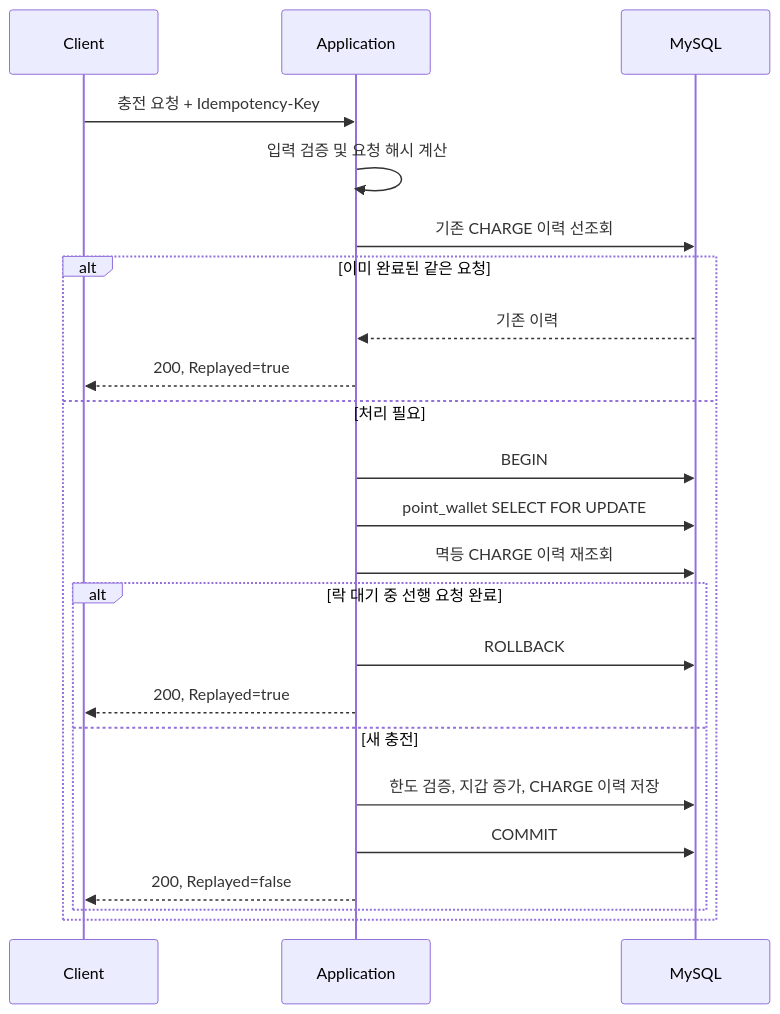
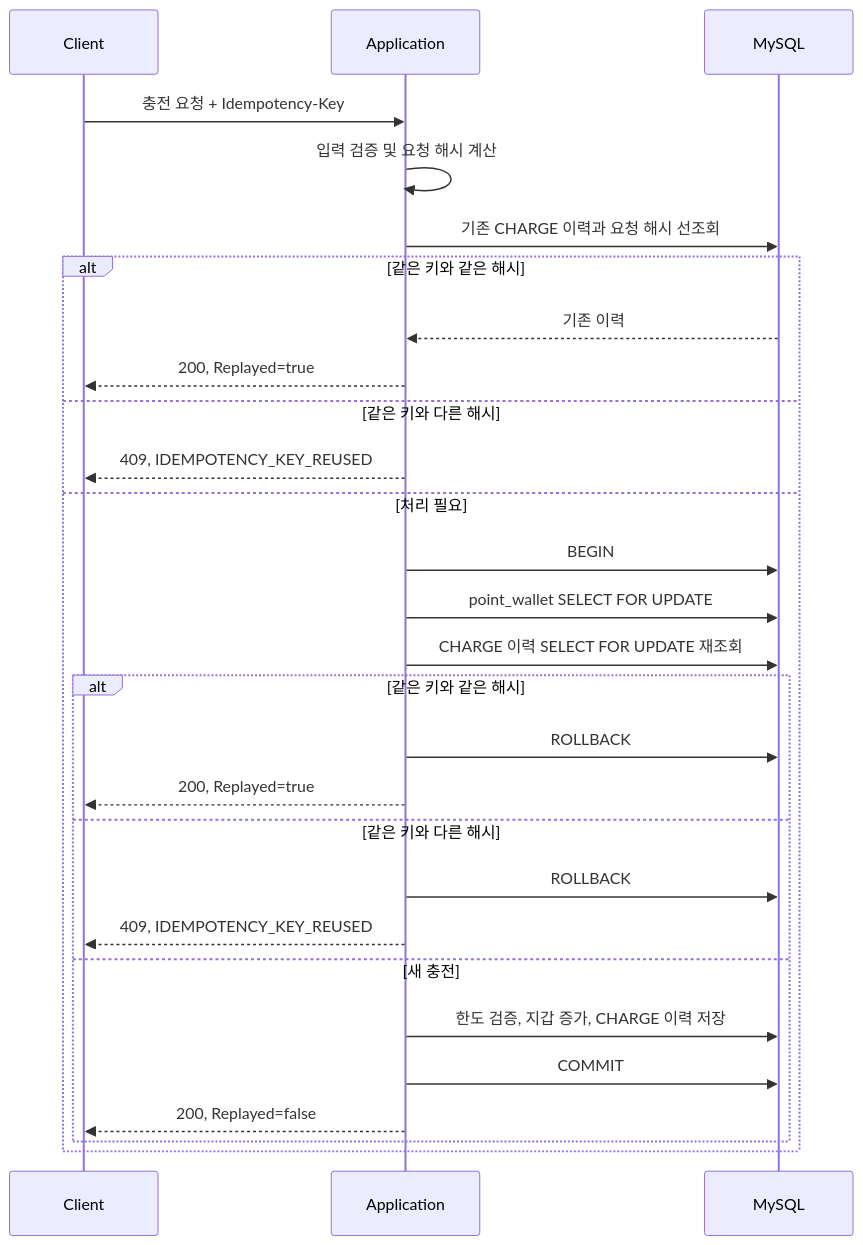
One commit to usersy628/coffee-order-system changed the first of 3 diagrams in README.md. Above: the diagram before and after it, drawn with Mermaid. The commit also changed other lines of this file, not shown here.

````diff
--- a/README.md
+++ b/README.md
@@ -298,26 +331,31 @@
 ```mermaid
 sequenceDiagram
     participant C as Client
     participant A as Application
     participant DB as MySQL
 
     C->>A: 충전 요청 + Idempotency-Key
     A->>A: 입력 검증 및 요청 해시 계산
-    A->>DB: 기존 CHARGE 이력 선조회
-    alt 이미 완료된 같은 요청
+    A->>DB: 기존 CHARGE 이력과 요청 해시 선조회
+    alt 같은 키와 같은 해시
         DB-->>A: 기존 이력
         A-->>C: 200, Replayed=true
+    else 같은 키와 다른 해시
+        A-->>C: 409, IDEMPOTENCY_KEY_REUSED
     else 처리 필요
         A->>DB: BEGIN
         A->>DB: point_wallet SELECT FOR UPDATE
-        A->>DB: 멱등 CHARGE 이력 재조회
-        alt 락 대기 중 선행 요청 완료
+        A->>DB: CHARGE 이력 SELECT FOR UPDATE 재조회
+        alt 같은 키와 같은 해시
             A->>DB: ROLLBACK
             A-->>C: 200, Replayed=true
+        else 같은 키와 다른 해시
+            A->>DB: ROLLBACK
+            A-->>C: 409, IDEMPOTENCY_KEY_REUSED
         else 새 충전
             A->>DB: 한도 검증, 지갑 증가, CHARGE 이력 저장
             A->>DB: COMMIT
             A-->>C: 200, Replayed=false
         end
     end
 ```
````
